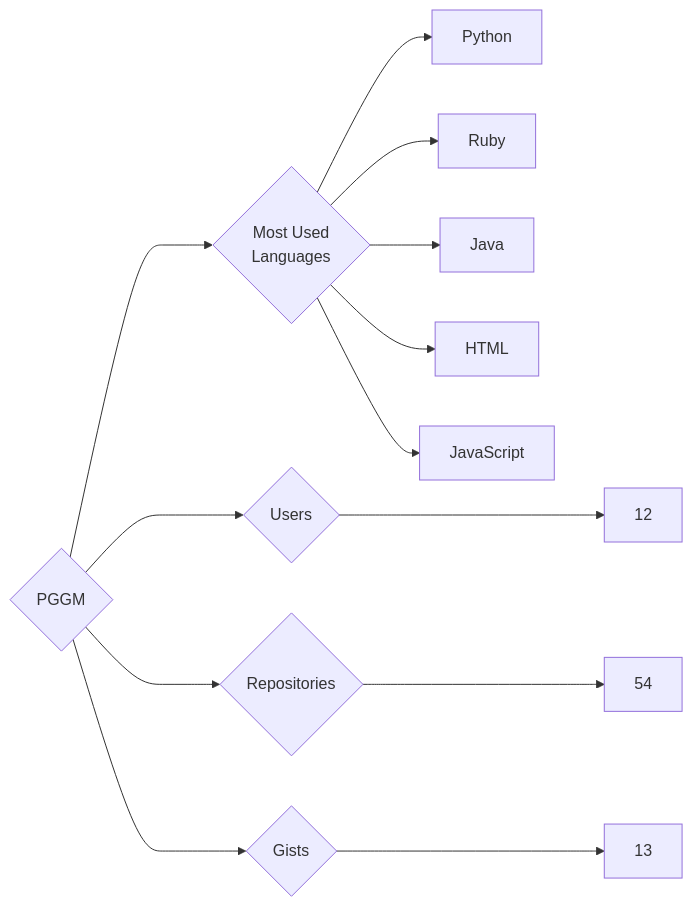
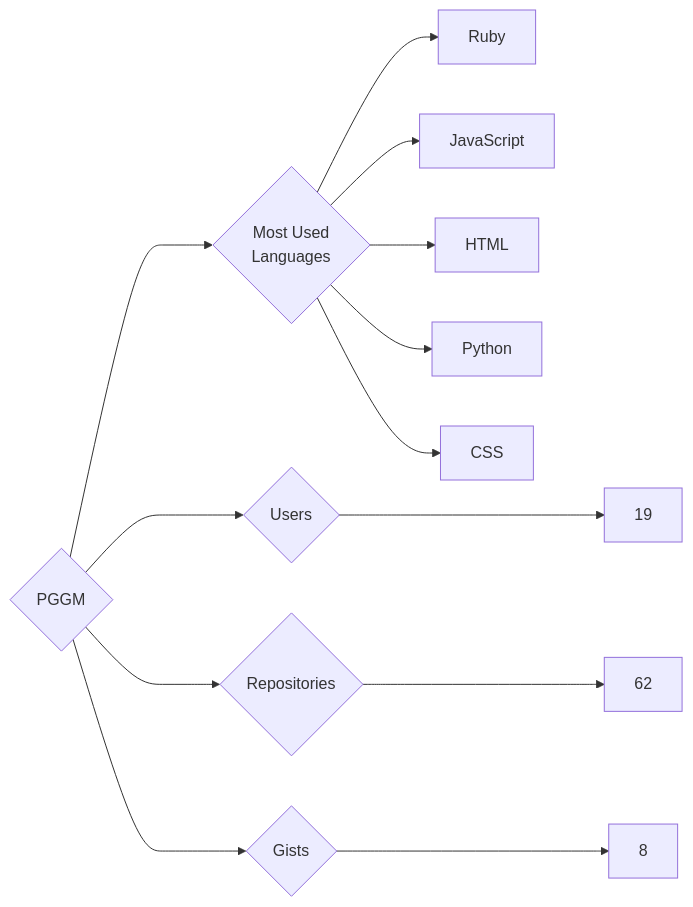
Before and after one commit to trickest/insiders: the diagram in targets/PGGM/README.md, drawn with Mermaid. The commit also changed 939 other files, not shown here.

````diff
--- a/targets/PGGM/README.md
+++ b/targets/PGGM/README.md
@@ -3,13 +3,13 @@
 ```mermaid
 graph LR
 COMPANY_NAME{PGGM}
-COMPANY_NAME ---> U{Users} ---> UN[12]
-COMPANY_NAME ---> R{Repositories} ---> RN[54]
-COMPANY_NAME ---> G{Gists} ---> GN[13]
+COMPANY_NAME ---> U{Users} ---> UN[19]
+COMPANY_NAME ---> R{Repositories} ---> RN[62]
+COMPANY_NAME ---> G{Gists} ---> GN[8]
 COMPANY_NAME ---> ML{Most Used<br>Languages}
+ML --> Ruby[Ruby]
+ML --> JavaScript[JavaScript]
+ML --> HTML[HTML]
 ML --> Python[Python]
-ML --> Ruby[Ruby]
-ML --> Java[Java]
-ML --> HTML[HTML]
-ML --> JavaScript[JavaScript]
+ML --> CSS[CSS]
 ```
````
